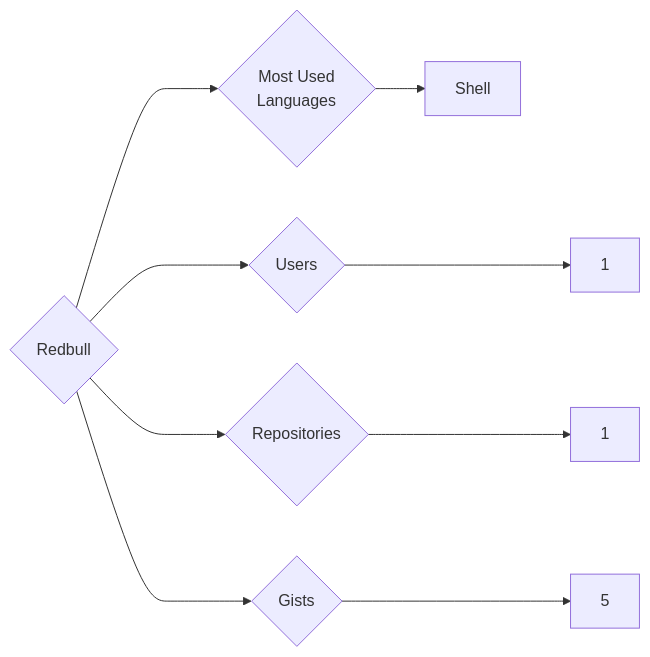
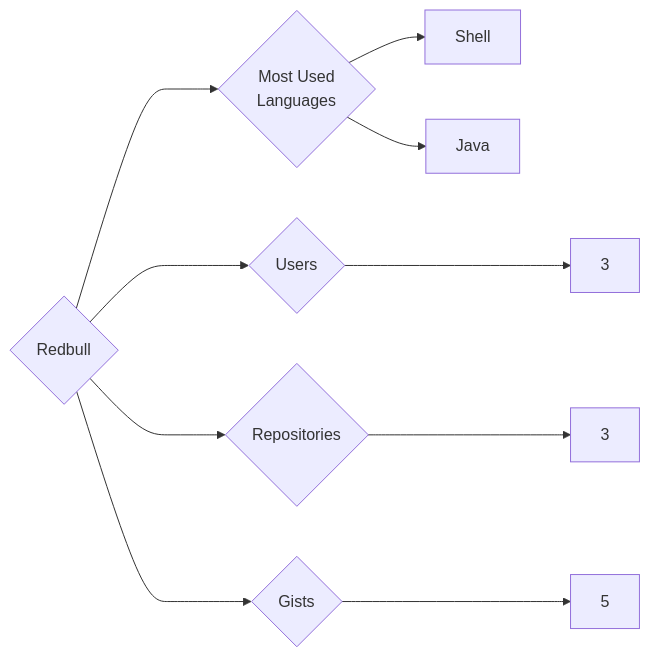
The diagram in targets/Redbull/README.md (trickest/insiders), drawn with Mermaid before and after one commit. The commit also changed 833 other files, not shown here.

````diff
--- a/targets/Redbull/README.md
+++ b/targets/Redbull/README.md
@@ -3,9 +3,10 @@
 ```mermaid
 graph LR
 COMPANY_NAME{Redbull}
-COMPANY_NAME ---> U{Users} ---> UN[1]
-COMPANY_NAME ---> R{Repositories} ---> RN[1]
+COMPANY_NAME ---> U{Users} ---> UN[3]
+COMPANY_NAME ---> R{Repositories} ---> RN[3]
 COMPANY_NAME ---> G{Gists} ---> GN[5]
 COMPANY_NAME ---> ML{Most Used<br>Languages}
 ML --> Shell[Shell]
+ML --> Java[Java]
 ```
````
